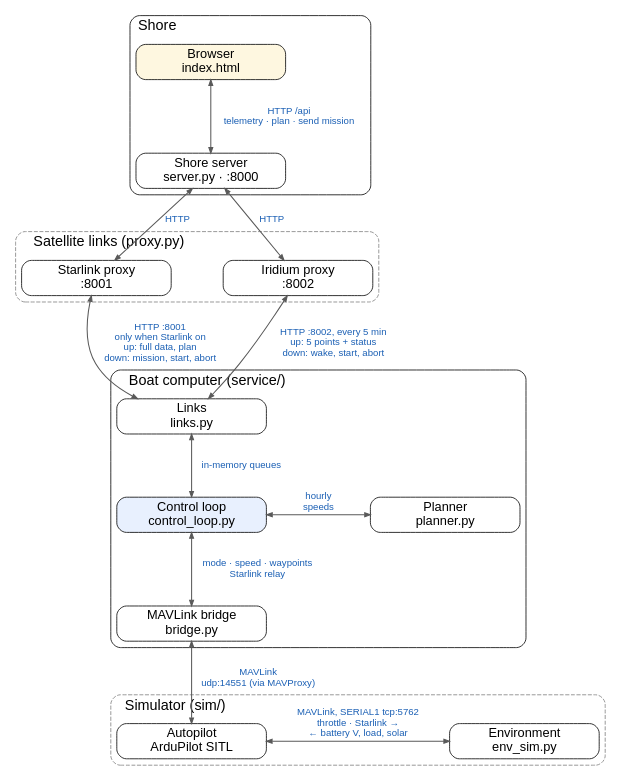
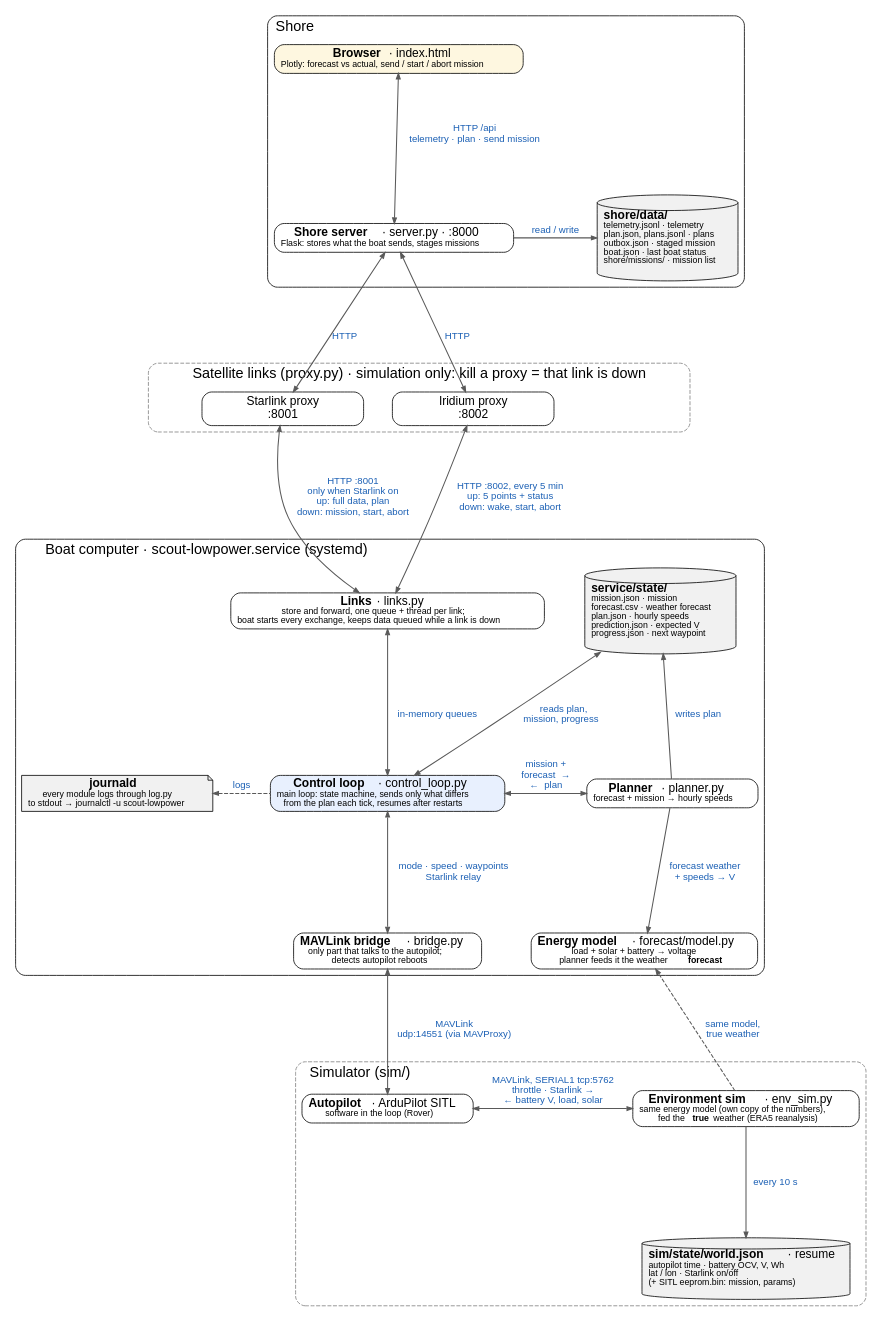
One commit to Xizesse/asv_power_manager changed the diagram in docs/diagrams/components.dot. Above: the diagram before and after it, drawn with Graphviz. The commit also changed 16 other files, not shown here.

```diff
--- a/docs/diagrams/components.dot
+++ b/docs/diagrams/components.dot
@@ -1,49 +1,70 @@
 // Components, top to bottom: shore, links, boat, simulator. Render with docs/diagrams/render.sh
 digraph components {
-  rankdir=TB; newrank=true; nodesep=0.9; ranksep=0.9;
+  rankdir=TB; newrank=true; nodesep=0.5; ranksep=1.75;
   graph [fontname="Helvetica", fontsize=18, labeljust=l];
-  node  [shape=box, style="rounded,filled", fillcolor=white, fontname="Helvetica", fontsize=16, width=2.6];
+  node  [shape=box, style="rounded,filled", fillcolor=white, fontname="Helvetica", fontsize=15, width=2.8];
   edge  [fontname="Helvetica", fontsize=12, fontcolor="#1a5fb4", color=gray35, penwidth=1.3,
          dir=both, arrowsize=0.7];
+  // files on disk: cylinders, left-aligned lines
+  node  [];
 
   subgraph cluster_shore {
     label="Shore"; style=rounded;
-    browser [label="Browser\nindex.html", fillcolor="#fef7e0", group=main];
-    server  [label="Shore server\nserver.py · :8000", group=main];
+    browser  [label=<<b>Browser</b> · index.html<br/><font point-size="11">Plotly: forecast vs actual, send / start / abort mission</font>>, fillcolor="#fef7e0", group=main];
+    server   [label=<<b>Shore server</b> · server.py · :8000<br/><font point-size="11">Flask: stores what the boat sends, stages missions</font>>, group=main];
+    shoredb  [shape=cylinder, style=filled, fillcolor="#f1f1f1", width=2.4,
+              label=<<b>shore/data/</b><br align="left"/><font point-size="11">telemetry.jsonl · telemetry<br align="left"/>plan.json, plans.jsonl · plans<br align="left"/>outbox.json · staged mission<br align="left"/>boat.json · last boat status<br align="left"/>shore/missions/ · mission list<br align="left"/></font>>];
   }
 
   subgraph cluster_links {
-    label="Satellite links (proxy.py)"; style="rounded,dashed"; color=gray50;
+    label="Satellite links (proxy.py) · simulation only: kill a proxy = that link is down"; style="rounded,dashed"; color=gray50;
     pstar [label="Starlink proxy\n:8001"];
     pirid [label="Iridium proxy\n:8002"];
   }
 
   subgraph cluster_boat {
-    label="Boat computer (service/)"; style=rounded;
-    links   [label="Links\nlinks.py", group=main];
-    control [label="Control loop\ncontrol_loop.py", fillcolor="#e8f0fe", group=main];
-    planner [label="Planner\nplanner.py"];
-    bridge  [label="MAVLink bridge\nbridge.py", group=main];
+    label="Boat computer · scout-lowpower.service (systemd)"; style=rounded;
+    links   [label=<<b>Links</b> · links.py<br/><font point-size="11">store and forward, one queue + thread per link;<br/>boat starts every exchange, keeps data queued while a link is down</font>>, group=main];
+    control [label=<<b>Control loop</b> · control_loop.py<br/><font point-size="11">main loop: state machine, sends only what differs<br/>from the plan each tick, resumes after restarts</font>>, fillcolor="#e8f0fe", group=main];
+    planner [label=<<b>Planner</b> · planner.py<br/><font point-size="11">forecast + mission → hourly speeds</font>>];
+    bridge  [label=<<b>MAVLink bridge</b> · bridge.py<br/><font point-size="11">only part that talks to the autopilot;<br/>detects autopilot reboots</font>>, group=main];
+    model   [label=<<b>Energy model</b> · forecast/model.py<br/><font point-size="11">load + solar + battery → voltage<br/>planner feeds it the weather <b>forecast</b></font>>];
+    boatdb  [shape=cylinder, style=filled, fillcolor="#f1f1f1", width=2.4,
+             label=<<b>service/state/</b><br align="left"/><font point-size="11">mission.json · mission<br align="left"/>forecast.csv · weather forecast<br align="left"/>plan.json · hourly speeds<br align="left"/>prediction.json · expected V<br align="left"/>progress.json · next waypoint<br align="left"/></font>>];
+    journal [shape=note, style=filled, fillcolor="#f1f1f1", width=2.4,
+             label=<<b>journald</b><br/><font point-size="11">every module logs through log.py<br/>to stdout → journalctl -u scout-lowpower</font>>];
   }
 
   subgraph cluster_sim {
     label="Simulator (sim/)"; style="rounded,dashed"; color=gray50;
-    sitl   [label="Autopilot\nArduPilot SITL", group=main];
-    envsim [label="Environment\nenv_sim.py"];
+    sitl   [label=<<b>Autopilot</b> · ArduPilot SITL<br/><font point-size="11">software in the loop (Rover)</font>>, group=main];
+    envsim [label=<<b>Environment sim</b> · env_sim.py<br/><font point-size="11">same energy model (own copy of the numbers),<br/>fed the <b>true</b> weather (ERA5 reanalysis)</font>>];
+    simdb  [shape=cylinder, style=filled, fillcolor="#f1f1f1", width=2.4,
+            label=<<b>sim/state/world.json</b> · resume<br align="left"/><font point-size="11">autopilot time · battery OCV, V, Wh<br align="left"/>lat / lon · Starlink on/off<br align="left"/>(+ SITL eeprom.bin: mission, params)<br align="left"/></font>>];
   }
 
   browser -> server  [label="  HTTP /api\n  telemetry · plan · send mission"];
+  server  -> shoredb [label="read / write", dir=forward];
   server  -> pstar   [label="HTTP  "];
   server  -> pirid   [label="  HTTP"];
   pstar   -> links   [label="HTTP :8001  \nonly when Starlink on  \nup: full data, plan  \ndown: mission, start, abort  "];
   pirid   -> links   [label="  HTTP :8002, every 5 min\n  up: 5 points + status\n  down: wake, start, abort"];
   links   -> control [label="  in-memory queues"];
-  control -> planner [label="hourly\nspeeds"];
+  control -> planner [label="mission +\nforecast  →\n←  plan"];
+  planner -> model   [label="  forecast weather\n  + speeds → V", dir=forward];
+  boatdb  -> planner [label="  writes plan", dir=back];
+  envsim  -> model   [label="same model,\ntrue weather", style=dashed, dir=forward, constraint=false];
+  boatdb  -> control [label="reads plan,\nmission, progress  ", dir=both];
+  journal -> control [label="logs", dir=back, style=dashed];
   control -> bridge  [label="  mode · speed · waypoints\n  Starlink relay"];
   bridge  -> sitl    [label="  MAVLink\n  udp:14551 (via MAVProxy)"];
   sitl    -> envsim  [label="MAVLink, SERIAL1 tcp:5762\nthrottle · Starlink → \n← battery V, load, solar"];
+  envsim  -> simdb   [label="  every 10 s", dir=forward];
 
+  { rank=same; server; shoredb; }
   { rank=same; pstar; pirid; }
-  { rank=same; control; planner; }
+  { rank=same; links; boatdb; }
+  { rank=same; journal; control; planner; }
+  { rank=same; bridge; model; }
   { rank=same; sitl; envsim; }
 }
```
